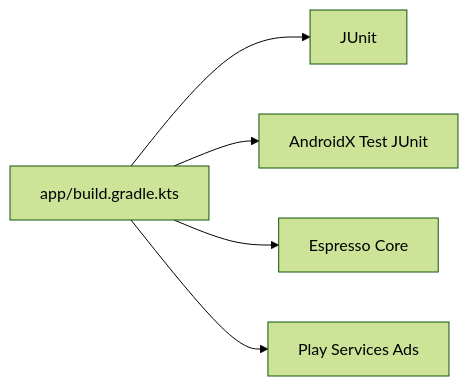
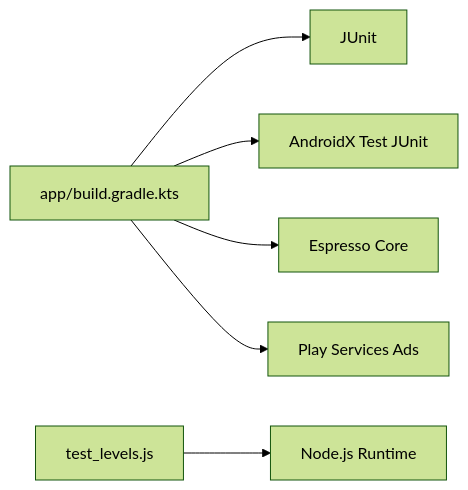
The fifth of 5 diagrams in .qoder/repowiki/en/content/Testing & Deployment.md (chetanck03/games), drawn with Mermaid (forest theme) before and after one commit. The commit also changed other lines of this file and 4 other files, not shown here.

First line of the commit message:
test(levels): add Node.js test framework for Ball Sort Puzzle validation

````diff
--- a/.qoder/repowiki/en/content/Testing & Deployment.md
+++ b/.qoder/repowiki/en/content/Testing & Deployment.md
@@ -276,12 +364,15 @@
 ```mermaid
 graph LR
 App["app/build.gradle.kts"]
 JUnit["JUnit"]
 AXJ["AndroidX Test JUnit"]
 Espresso["Espresso Core"]
 Ads["Play Services Ads"]
+Node["Node.js Runtime"]
+TL["test_levels.js"]
 App --> JUnit
 App --> AXJ
 App --> Espresso
 App --> Ads
+TL --> Node
 ```
````
